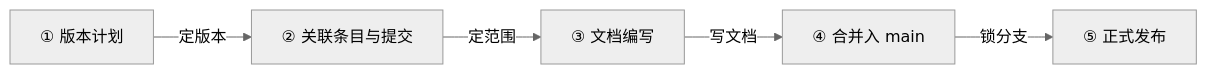
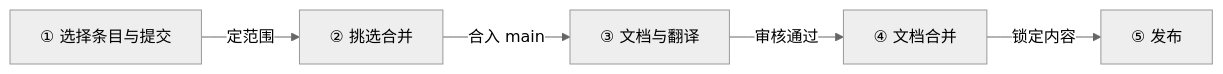
Before and after one commit to adichou/agent-team-board: the second of 4 diagrams in DESIGN.md, drawn with Mermaid (neutral theme). The commit also changed other lines of this file and 11 other files, not shown here.

````diff
--- a/DESIGN.md
+++ b/DESIGN.md
@@ -113,7 +115,7 @@
 ```mermaid
 flowchart LR
-    A["① 版本计划"] -->|"定版本"| B["② 关联条目与提交"]
-    B -->|"定范围"| C["③ 文档编写"]
-    C -->|"写文档"| D["④ 合并入 main"]
-    D -->|"锁分支"| E["⑤ 正式发布"]
+    A["① 选择条目与提交"] -->|"定范围"| B["② 挑选合并"]
+    B -->|"合入 main"| C["③ 文档与翻译"]
+    C -->|"审核通过"| D["④ 文档合并"]
+    D -->|"锁定内容"| E["⑤ 发布"]
 ```
````
